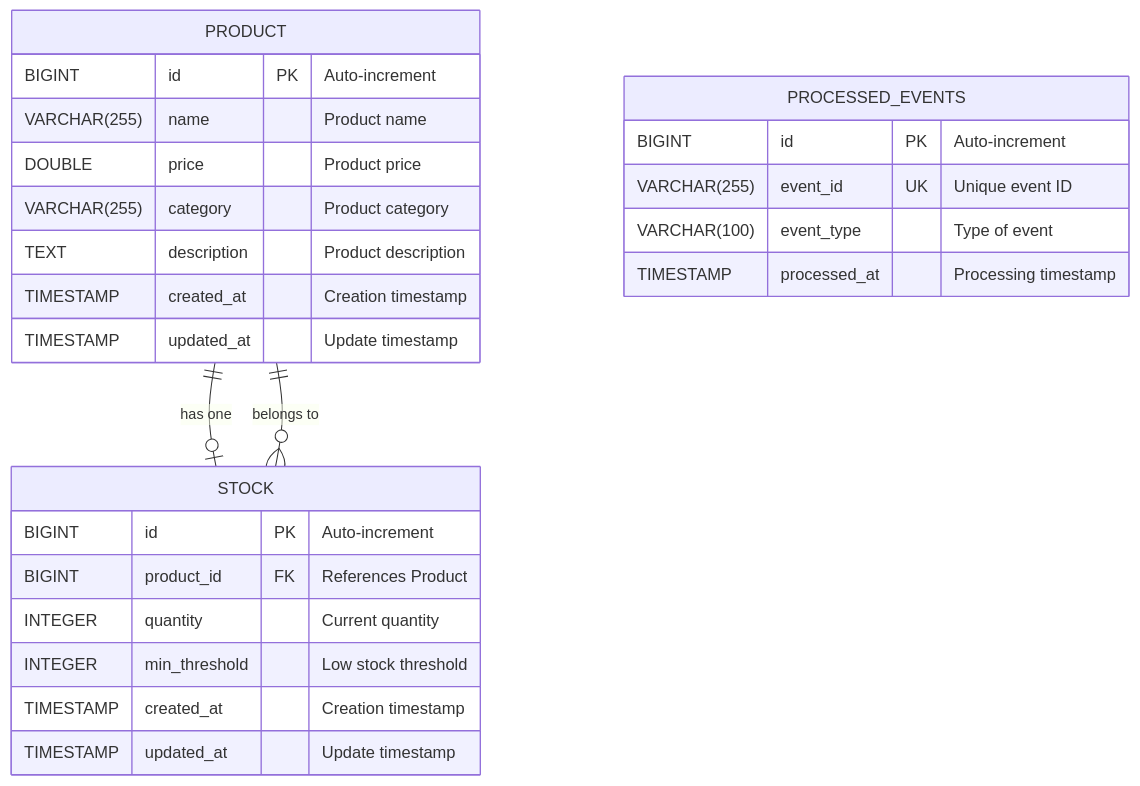
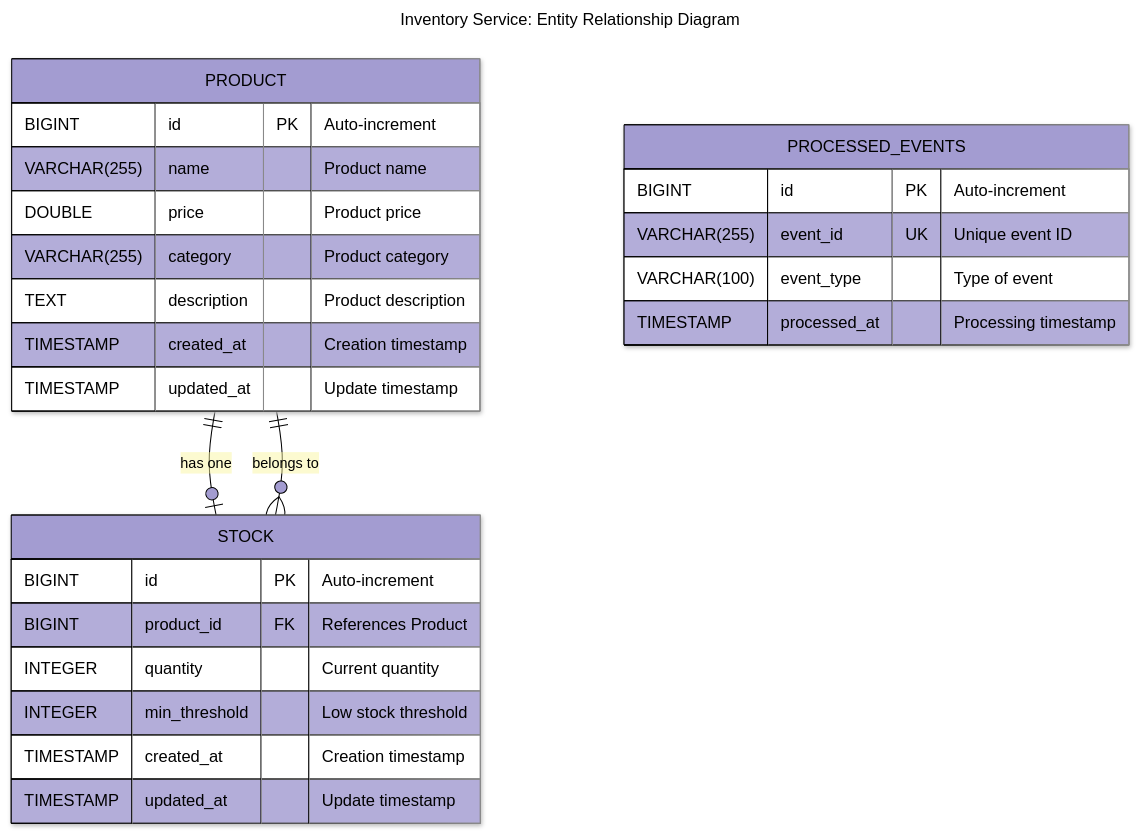
Before and after one commit to BrunoGil-AS/Vending-Machine-Microservices: the fifth of 9 diagrams in Documentation/diagrams/inventory-service.md, drawn with Mermaid. The commit also changed other lines of this file and 7 other files, not shown here.

Commit message:
docs: Update service diagrams with new configurations and titles

````diff
--- a/Documentation/diagrams/inventory-service.md
+++ b/Documentation/diagrams/inventory-service.md
@@ -232,31 +288,45 @@
 ```mermaid
+---
+config:
+  theme: base
+  themeVariables:
+    primaryColor: '#a39cd1ff'
+    primaryTextColor: '#000000'
+    secondaryTextColor: '#ffffffff'
+    primaryBorderColor: '#000000'
+    lineColor: '#000000ff'
+    secondaryColor: '#90b590ff'
+    tertiaryColor: '#f9f6a1ff'
+  look: neo
+title: 'Inventory Service: Entity Relationship Diagram'
+---
 erDiagram
     PRODUCT ||--o| STOCK : "has one"
     STOCK }o--|| PRODUCT : "belongs to"
 
     PRODUCT {
         BIGINT id PK "Auto-increment"
         VARCHAR(255) name "Product name"
         DOUBLE price "Product price"
         VARCHAR(255) category "Product category"
         TEXT description "Product description"
         TIMESTAMP created_at "Creation timestamp"
         TIMESTAMP updated_at "Update timestamp"
     }
 
     STOCK {
         BIGINT id PK "Auto-increment"
         BIGINT product_id FK "References Product"
         INTEGER quantity "Current quantity"
         INTEGER min_threshold "Low stock threshold"
         TIMESTAMP created_at "Creation timestamp"
         TIMESTAMP updated_at "Update timestamp"
     }
 
     PROCESSED_EVENTS {
         BIGINT id PK "Auto-increment"
         VARCHAR(255) event_id UK "Unique event ID"
         VARCHAR(100) event_type "Type of event"
         TIMESTAMP processed_at "Processing timestamp"
     }
 ```
````
